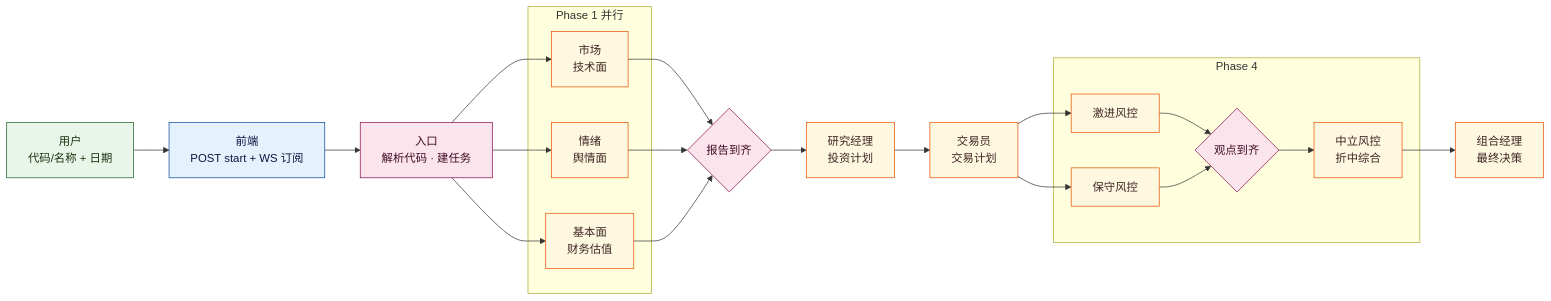
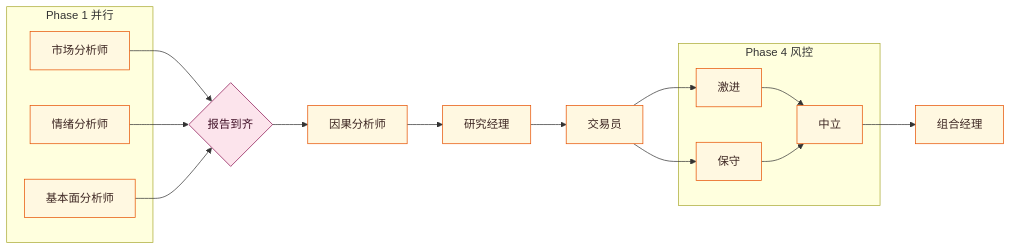
Before and after one commit to limaonet/TradingAgentsWeb: the diagram in README.md, drawn with Mermaid. The commit also changed other lines of this file and 7 other files, not shown here.

````diff
--- a/README.md
+++ b/README.md
@@ -100,35 +53,24 @@
 ```mermaid
 flowchart LR
-    classDef user fill:#e8f5e9,stroke:#1b5e20,color:#1b3310
-    classDef fe fill:#e3f2fd,stroke:#0d47a1,color:#0d1740
+    classDef ag fill:#fff8e1,stroke:#e65100,color:#3e2723
     classDef sys fill:#fce4ec,stroke:#880e4f,color:#3e0d24
-    classDef ag fill:#fff8e1,stroke:#e65100,color:#3e2723
-
-    U["用户<br/>代码/名称 + 日期"]:::user
-    FE["前端<br/>POST start + WS 订阅"]:::fe
-    IN["入口<br/>解析代码 · 建任务"]:::sys
 
     subgraph P1["Phase 1 并行"]
-        M1["市场<br/>技术面"]:::ag
-        M2["情绪<br/>舆情面"]:::ag
-        M3["基本面<br/>财务估值"]:::ag
+        M1["市场分析师"]:::ag
+        M2["情绪分析师"]:::ag
+        M3["基本面分析师"]:::ag
     end
     X{"报告到齐"}:::sys
+    CA["因果分析师"]:::ag
+    RM["研究经理"]:::ag
+    TR["交易员"]:::ag
+    subgraph P4["Phase 4 风控"]
+        R1["激进"]:::ag
+        R2["保守"]:::ag
+        R3["中立"]:::ag
+    end
+    PM["组合经理"]:::ag
 
-    RM["研究经理<br/>投资计划"]:::ag
-    TR["交易员<br/>交易计划"]:::ag
-
-    subgraph P4["Phase 4"]
-        R1["激进风控"]:::ag
-        R2["保守风控"]:::ag
-        Y{"观点到齐"}:::sys
-        R3["中立风控<br/>折中综合"]:::ag
-    end
-
-    PM["组合经理<br/>最终决策"]:::ag
-
-    U --> FE --> IN --> M1 & M2 & M3
-    M1 & M2 & M3 --> X --> RM --> TR
-    TR --> R1 & R2
-    R1 & R2 --> Y --> R3 --> PM
+    M1 & M2 & M3 --> X --> CA --> RM --> TR
+    TR --> R1 & R2 --> R3 --> PM
 ```
````
